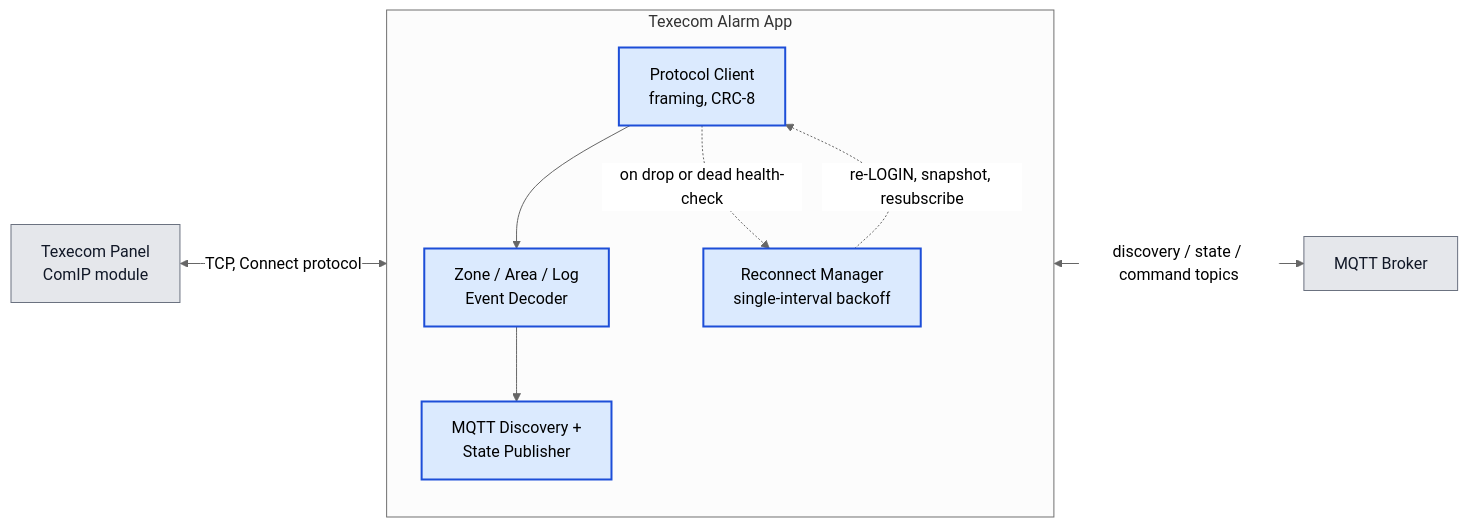
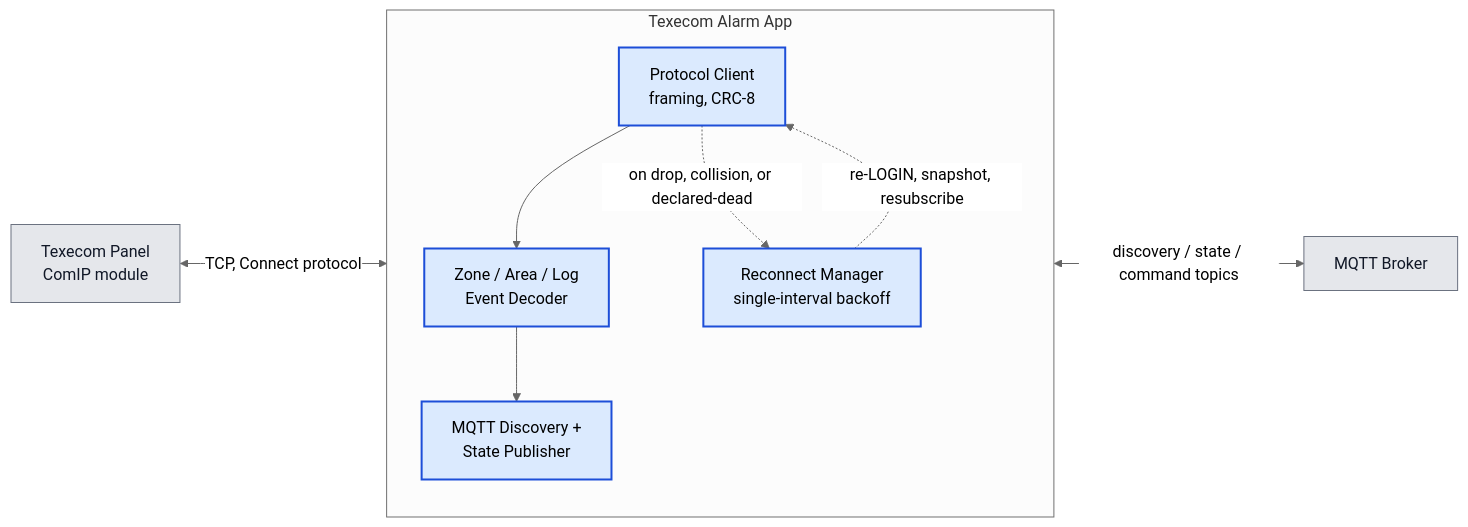
One commit to michaelmarconi/texecom_alarm changed the second of 6 diagrams in docs/architecture.md. Above: the diagram before and after it, drawn with Mermaid (neutral theme). The commit also changed other lines of this file, not shown here.

First line of the commit message:
docs(architecture): fold ADR-021 into one busy-versus-dead session story

````diff
--- a/docs/architecture.md
+++ b/docs/architecture.md
@@ -202,22 +82,22 @@
 ```mermaid
 flowchart LR
     subgraph App["Texecom Alarm App"]
         direction TB
         Client["Protocol Client<br/>framing, CRC-8"]:::owned
         Decoder["Zone / Area / Log<br/>Event Decoder"]:::owned
         Reconnect["Reconnect Manager<br/>single-interval backoff"]:::owned
         Publisher["MQTT Discovery +<br/>State Publisher"]:::owned
     end
     Panel["Texecom Panel<br/>ComIP module"]:::external
     Broker[MQTT Broker]:::external
 
     Panel <-->|TCP, Connect protocol| Client
     Client --> Decoder
     Decoder --> Publisher
-    Client -.->|on drop or dead health-check| Reconnect
+    Client -.->|on drop, collision, or declared-dead| Reconnect
     Reconnect -.->|re-LOGIN, snapshot, resubscribe| Client
     Publisher <-->|discovery / state / command topics| Broker
 
     classDef owned fill:#dbeafe,stroke:#1d4ed8,stroke-width:2px
     classDef external fill:#e5e7eb,stroke:#6b7280,color:#111827
 ```
````
